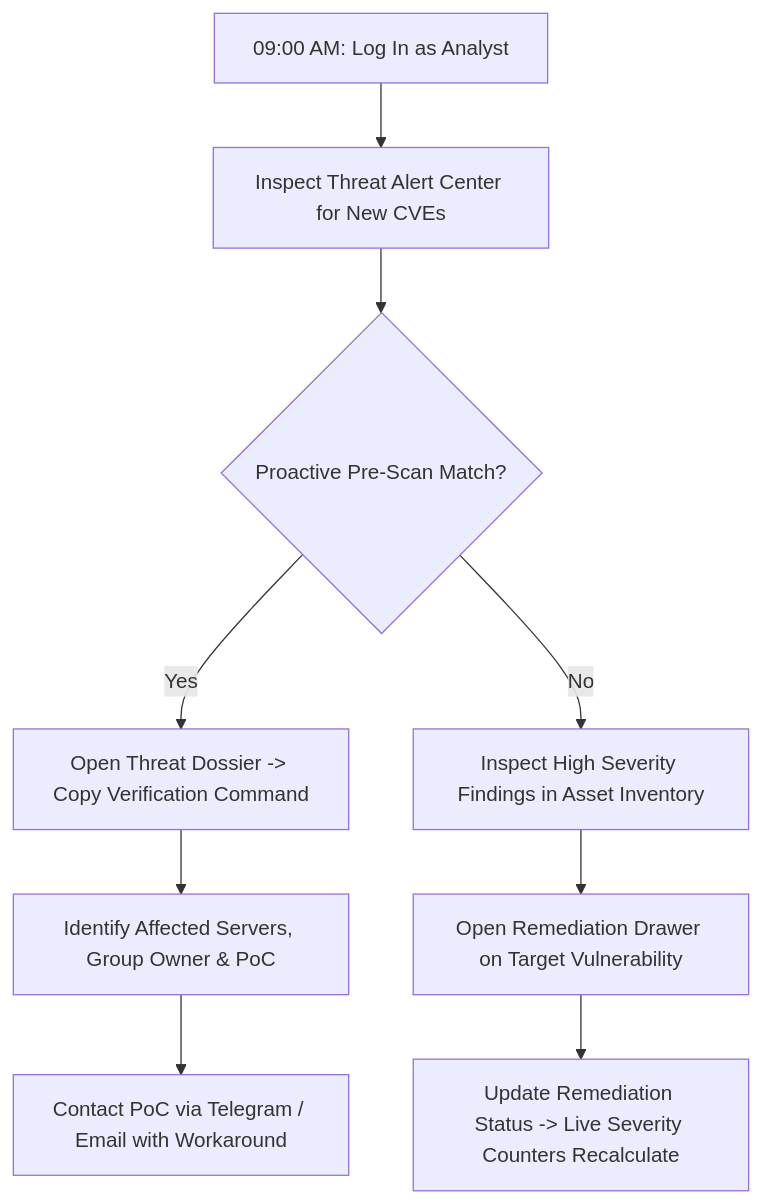
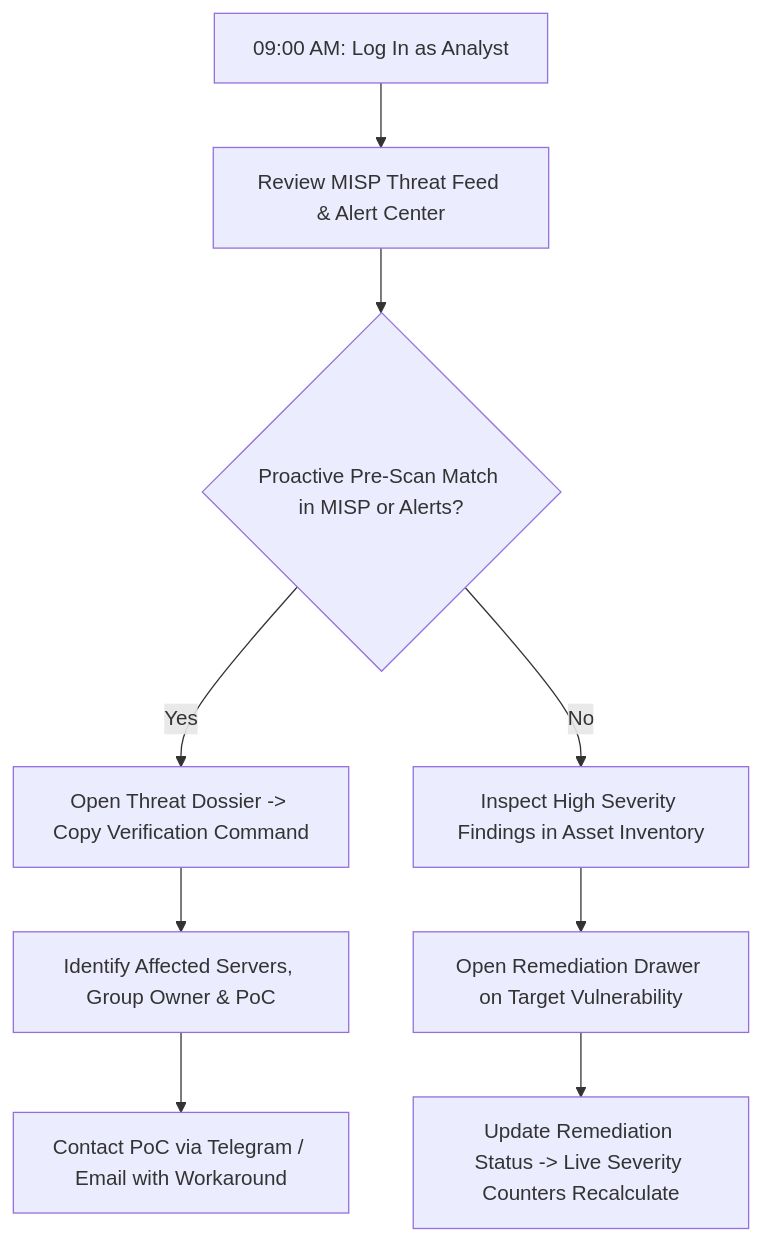
Before and after one commit to kimsrung/nb_vul_dashboard: the third of 5 diagrams in docs/overview.md, drawn with Mermaid. The commit also changed other lines of this file and 18 other files, not shown here.

````diff
--- a/docs/overview.md
+++ b/docs/overview.md
@@ -300,11 +302,11 @@
 ```mermaid
 flowchart TD
-    A["09:00 AM: Log In as Analyst"] --> B["Inspect Threat Alert Center for New CVEs"]
-    B --> C{"Proactive Pre-Scan Match?"}
+    A["09:00 AM: Log In as Analyst"] --> B["Review MISP Threat Feed & Alert Center"]
+    B --> C{"Proactive Pre-Scan Match in MISP or Alerts?"}
     C -- Yes --> D["Open Threat Dossier -> Copy Verification Command"]
     D --> E["Identify Affected Servers, Group Owner & PoC"]
     E --> F["Contact PoC via Telegram / Email with Workaround"]
     C -- No --> G["Inspect High Severity Findings in Asset Inventory"]
     G --> H["Open Remediation Drawer on Target Vulnerability"]
     H --> I["Update Remediation Status -> Live Severity Counters Recalculate"]
 ```
````
